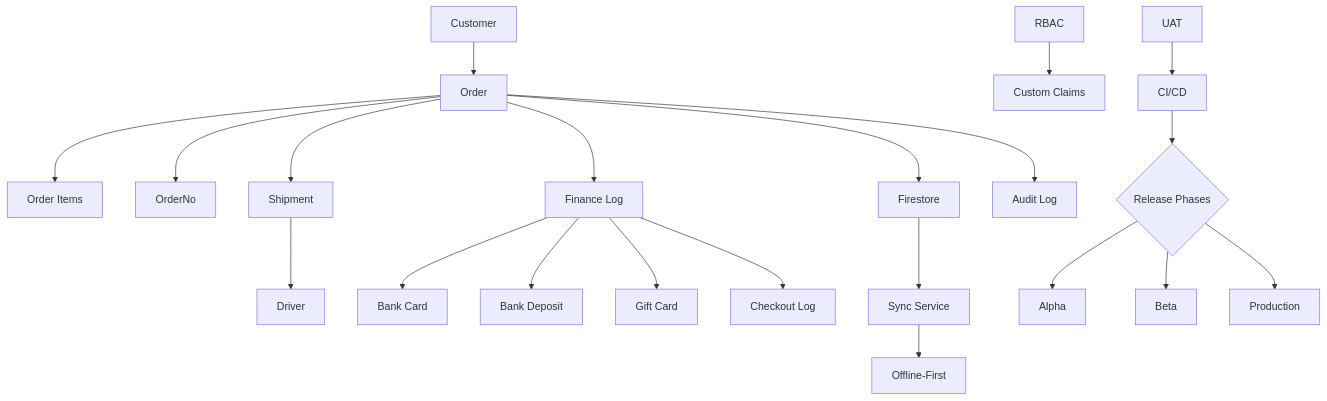
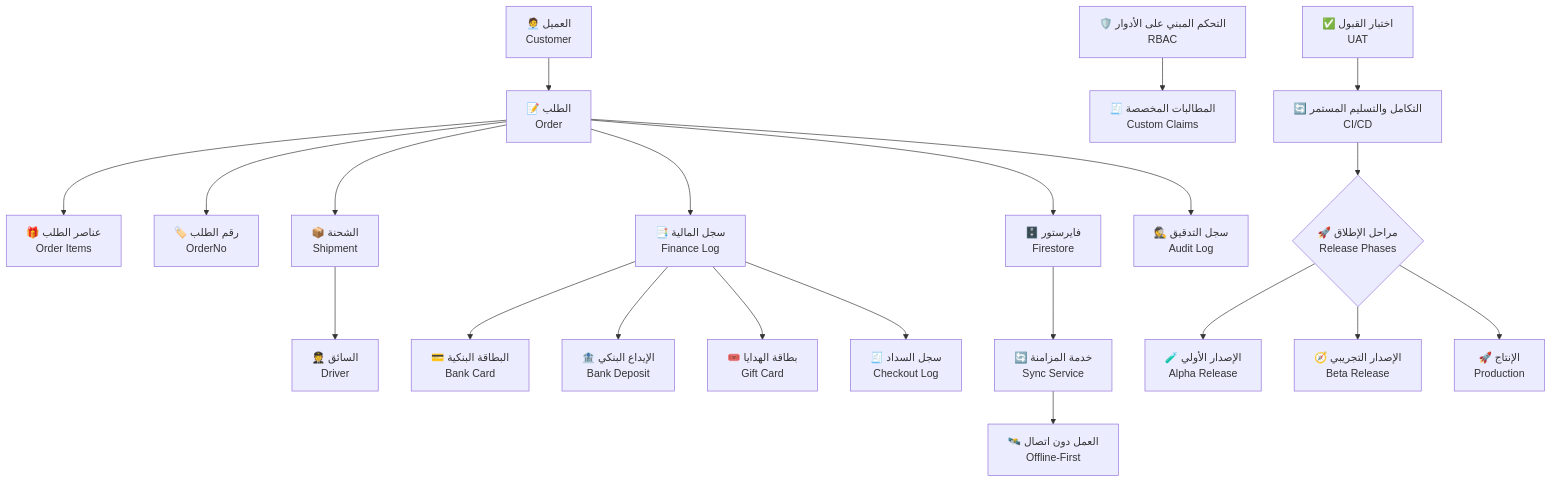
One commit to Ash69g/Documentation-Study changed the third of 3 diagrams in docs/99-glossary/99-glossary.md. Above: the diagram before and after it, drawn with Mermaid. The commit also changed other lines of this file and 15 other files, not shown here.

````diff
--- a/docs/99-glossary/99-glossary.md
+++ b/docs/99-glossary/99-glossary.md
@@ -115,23 +139,46 @@
 ```mermaid
 graph TD
-  Customer --> Order
-  Order --> OrderItems["Order Items"]
-  Order --> OrderNo["OrderNo"]
-  Order --> Shipment
-  Shipment --> Driver
-  Order --> FinanceLog["Finance Log"]
-  FinanceLog --> BankCard["Bank Card"]
-  FinanceLog --> BankDeposit["Bank Deposit"]
-  FinanceLog --> GiftCard["Gift Card"]
-  FinanceLog --> CheckoutLog["Checkout Log"]
-  Order --> Firestore
-  Firestore --> SyncService["Sync Service"]
-  SyncService --> OfflineFirst["Offline-First"]
-  Order --> AuditLog["Audit Log"]
-  RBAC --> CustomClaims["Custom Claims"]
-  UAT --> CICD["CI/CD"]
-  CICD --> Releases{"Release Phases"}
-  Releases --> Alpha
-  Releases --> Beta
-  Releases --> Production
+  Customer["🧑‍💼 العميل
+Customer"] --> Order["📝 الطلب
+Order"]
+  Order --> OrderItems["🎁 عناصر الطلب
+Order Items"]
+  Order --> OrderNo["🏷️ رقم الطلب
+OrderNo"]
+  Order --> Shipment["📦 الشحنة
+Shipment"]
+  Shipment --> Driver["🧑‍✈️ السائق
+Driver"]
+  Order --> FinanceLog["📑 سجل المالية
+Finance Log"]
+  FinanceLog --> BankCard["💳 البطاقة البنكية
+Bank Card"]
+  FinanceLog --> BankDeposit["🏦 الإيداع البنكي
+Bank Deposit"]
+  FinanceLog --> GiftCard["🎟️ بطاقة الهدايا
+Gift Card"]
+  FinanceLog --> CheckoutLog["🧾 سجل السداد
+Checkout Log"]
+  Order --> Firestore["🗄️ فايرستور
+Firestore"]
+  Firestore --> SyncService["🔄 خدمة المزامنة
+Sync Service"]
+  SyncService --> OfflineFirst["🛰️ العمل دون اتصال
+Offline-First"]
+  Order --> AuditLog["🕵️ سجل التدقيق
+Audit Log"]
+  RBAC["🛡️ التحكم المبني على الأدوار
+RBAC"] --> CustomClaims["🧾 المطالبات المخصصة
+Custom Claims"]
+  UAT["✅ اختبار القبول
+UAT"] --> CICD["🔄 التكامل والتسليم المستمر
+CI/CD"]
+  CICD --> Releases{"🚀 مراحل الإطلاق
+Release Phases"}
+  Releases --> Alpha["🧪 الإصدار الأولي
+Alpha Release"]
+  Releases --> Beta["🧭 الإصدار التجريبي
+Beta Release"]
+  Releases --> Production["🚀 الإنتاج
+Production"]
 ```
````
